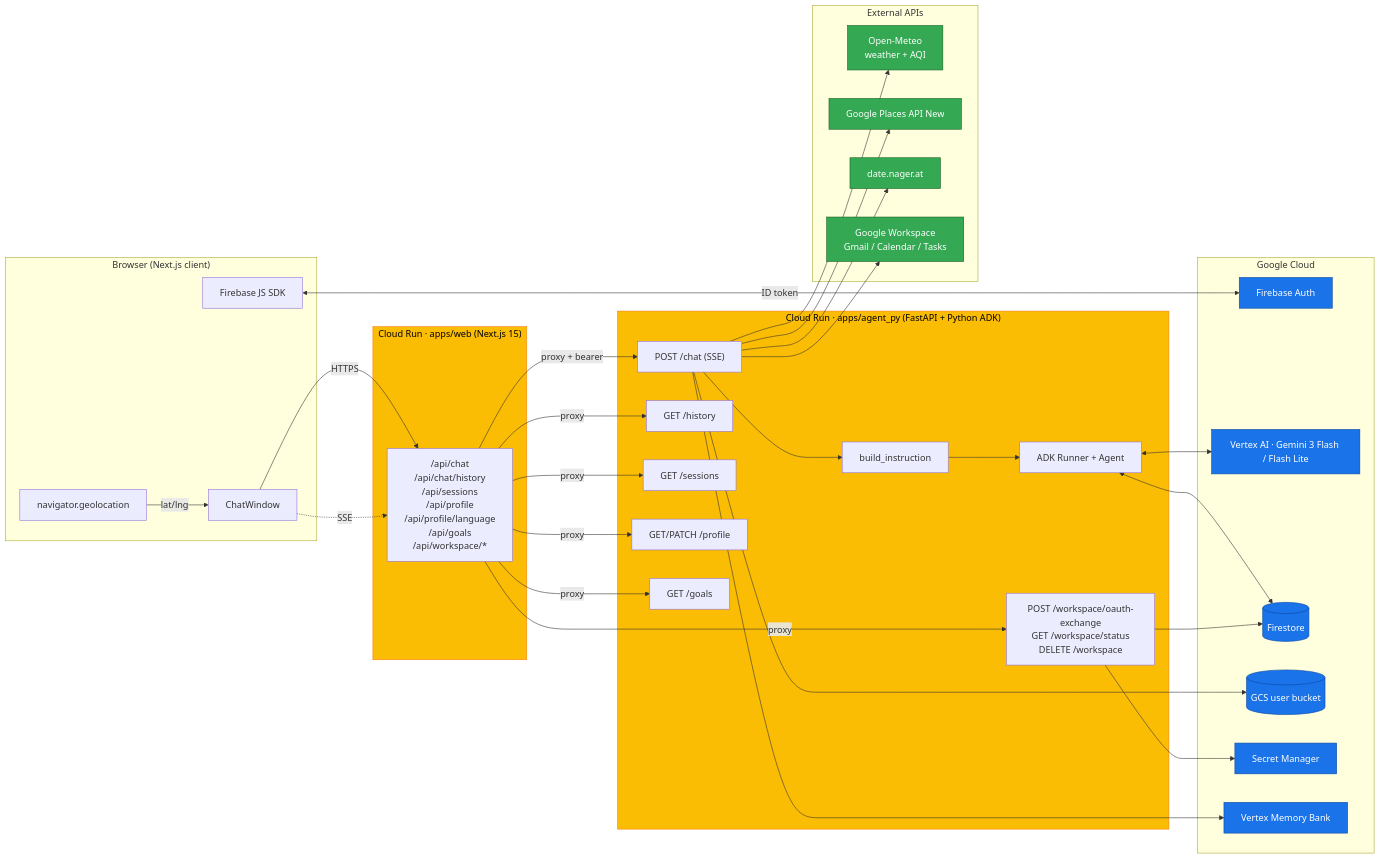
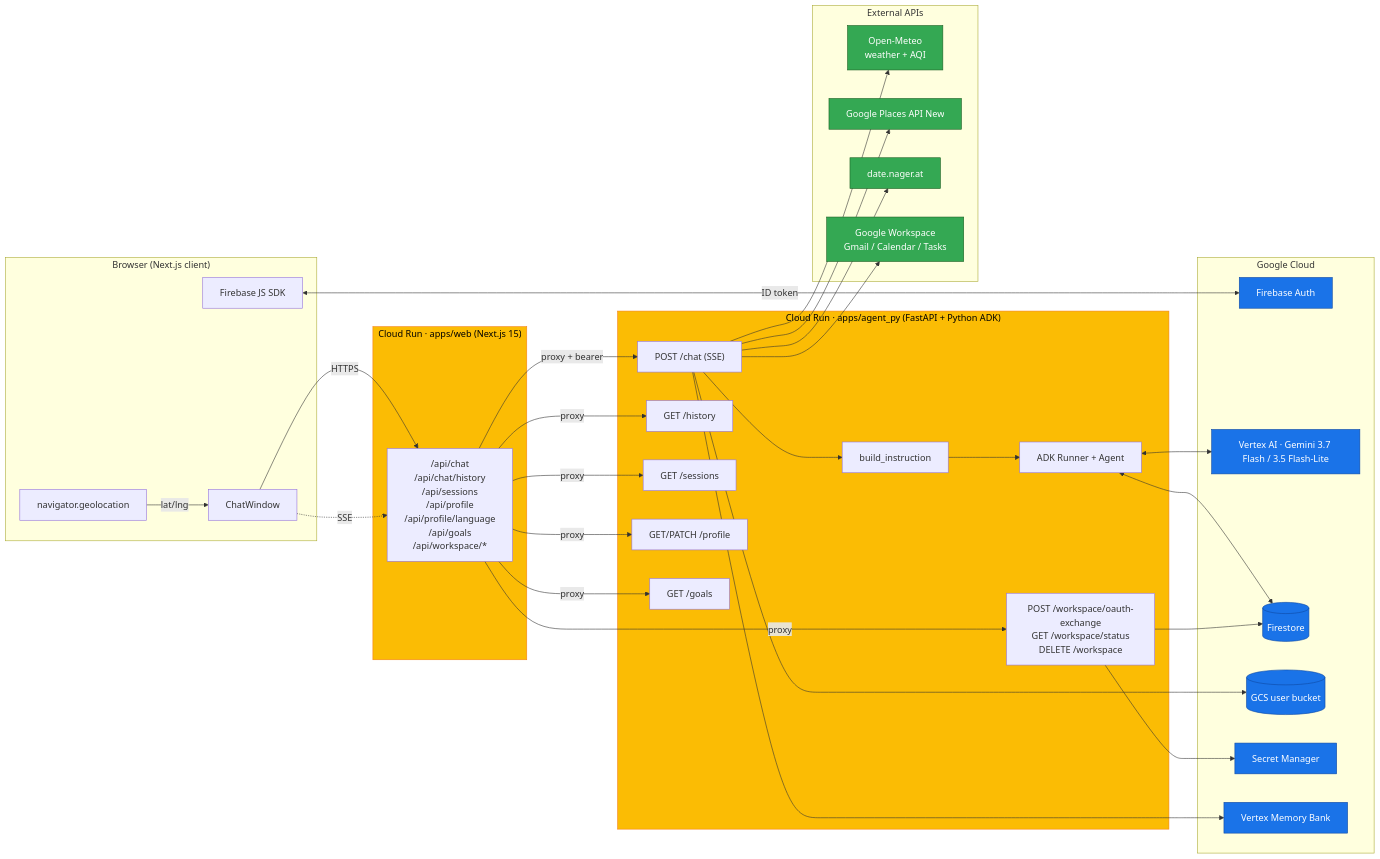
Before and after one commit to timini/lifecoach: the first of 3 diagrams in ARCHITECTURE.md, drawn with Mermaid. The commit also changed other lines of this file and 11 other files, not shown here.

Commit message:
upgrade Gemini Flash models (#209)

````diff
--- a/ARCHITECTURE.md
+++ b/ARCHITECTURE.md
@@ -48,71 +48,71 @@
 ```mermaid
 flowchart LR
     subgraph Browser["Browser (Next.js client)"]
         UI[ChatWindow]
         FBJS[Firebase JS SDK]
         GEO[navigator.geolocation]
     end
 
     subgraph CloudRunWeb["Cloud Run · apps/web (Next.js 15)"]
         ROUTES["/api/chat<br/>/api/chat/history<br/>/api/sessions<br/>/api/profile<br/>/api/profile/language<br/>/api/goals<br/>/api/workspace/*"]
     end
 
     subgraph CloudRunAgent["Cloud Run · apps/agent_py (FastAPI + Python ADK)"]
         CHAT["POST /chat (SSE)"]
         HIST["GET /history"]
         SESS["GET /sessions"]
         PROF["GET/PATCH /profile"]
         GOAL["GET /goals"]
         WS["POST /workspace/oauth-exchange<br/>GET /workspace/status<br/>DELETE /workspace"]
         BUILD[build_instruction]
         RUNNER[ADK Runner + Agent]
     end
 
     subgraph Google["Google Cloud"]
         FBA[Firebase Auth]
-        VERT[Vertex AI · Gemini 3 Flash / Flash Lite]
+        VERT[Vertex AI · Gemini 3.7 Flash / 3.5 Flash-Lite]
         FS[(Firestore)]
         GCS[(GCS user bucket)]
         SM[Secret Manager]
         MB[Vertex Memory Bank]
     end
 
     subgraph Ext["External APIs"]
         OW[Open-Meteo<br/>weather + AQI]
         PLACES[Google Places API New]
         HOL[date.nager.at]
         GWS[Google Workspace<br/>Gmail / Calendar / Tasks]
     end
 
     UI --HTTPS--> ROUTES
     UI -.SSE.-> ROUTES
     ROUTES --proxy + bearer--> CHAT
     ROUTES --proxy--> HIST
     ROUTES --proxy--> SESS
     ROUTES --proxy--> PROF
     ROUTES --proxy--> GOAL
     ROUTES --proxy--> WS
 
     FBJS <--ID token--> FBA
     GEO --lat/lng--> UI
 
     CHAT --> BUILD
     BUILD --> RUNNER
     RUNNER <--> VERT
     RUNNER <--> FS
     CHAT --> GCS
     CHAT --> OW
     CHAT --> PLACES
     CHAT --> HOL
     CHAT --> MB
     CHAT --> GWS
     WS --> SM
     WS --> FS
 
     classDef gcp fill:#1a73e8,color:#fff,stroke:#0d47a1
     classDef ext fill:#34a853,color:#fff,stroke:#1b5e20
     classDef cr fill:#fbbc04,color:#000,stroke:#f57f17
     class FBA,VERT,FS,GCS,SM,MB gcp
     class OW,PLACES,HOL,GWS ext
     class CloudRunWeb,CloudRunAgent cr
 ```
````
